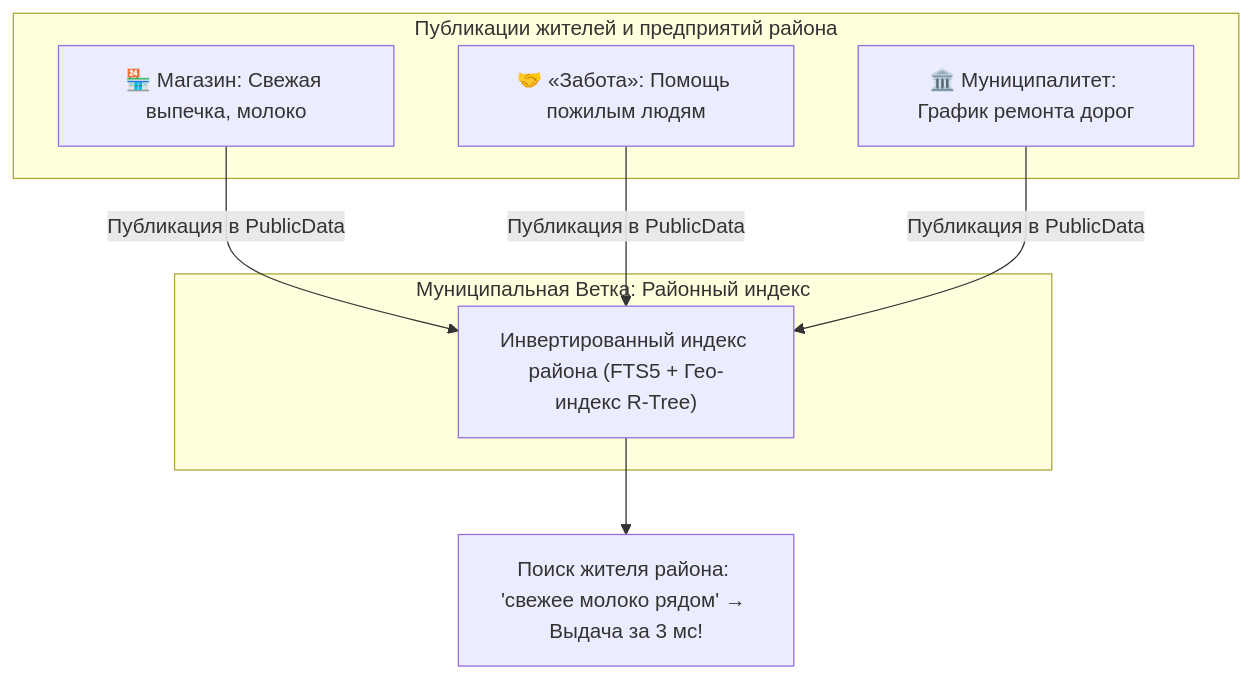
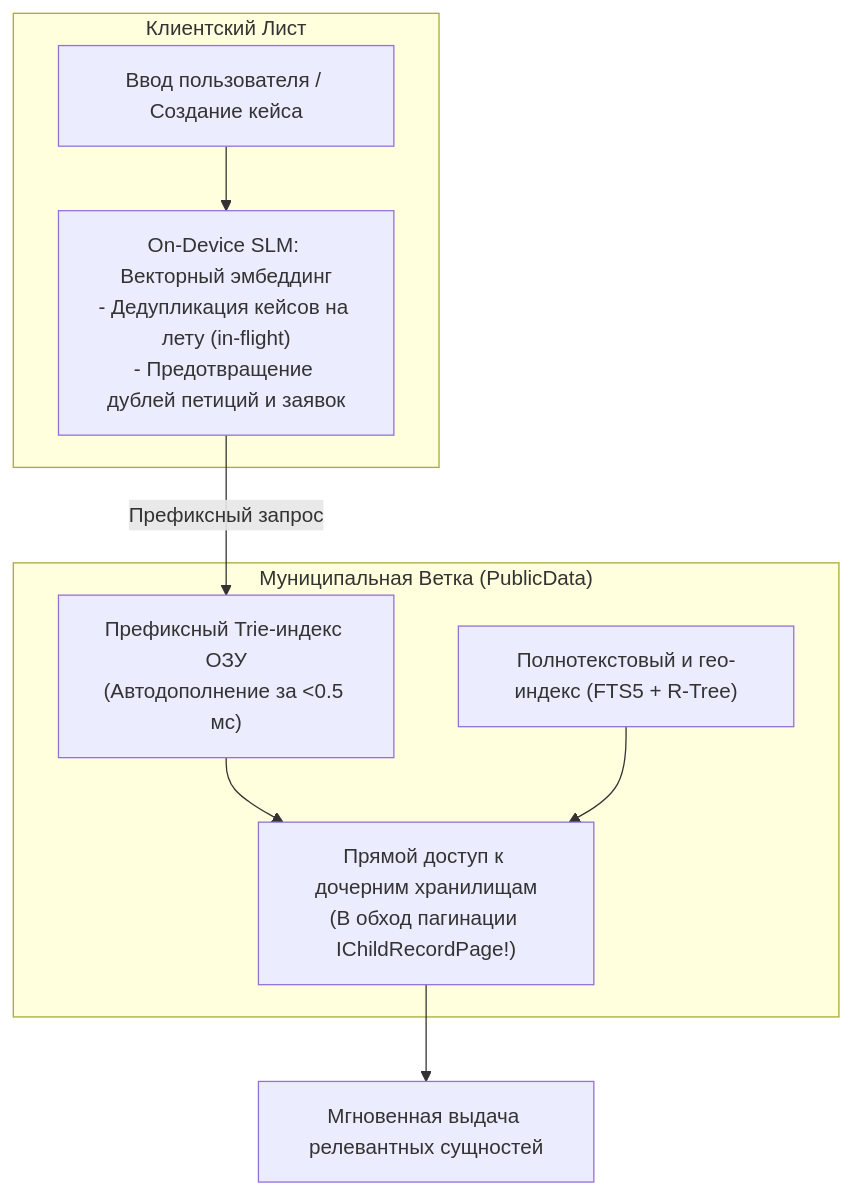
One commit to Data-Independence-Network/presentations changed the fourth of 11 diagrams in architecture_presentations/06_tree_search_and_analytics/docs/presentation_deck.md. Above: the diagram before and after it, drawn with Mermaid. The commit also changed other lines of this file and 23 other files, not shown here.

```diff
--- a/architecture_presentations/06_tree_search_and_analytics/docs/presentation_deck.md
+++ b/architecture_presentations/06_tree_search_and_analytics/docs/presentation_deck.md
@@ -278,18 +278,19 @@
         <div class="mermaid">
 graph TB
-    subgraph DistrictServices["Публикации жителей и предприятий района"]
-        Biz["🏪 Магазин: Свежая выпечка, молоко"]
-        Volunteer["🤝 «Забота»: Помощь пожилым людям"]
-        Gov["🏛️ Муниципалитет: График ремонта дорог"]
+    subgraph Leaf["Клиентский Лист"]
+        Input["Ввод пользователя / Создание кейса"]
+        SLM["On-Device SLM: Векторный эмбеддинг<br/>- Дедупликация кейсов на лету (in-flight)<br/>- Предотвращение дублей петиций и заявок"]
+        Input --> SLM
     end
 
-    subgraph BranchSearch["Муниципальная Ветка: Районный индекс"]
-        FTS["Инвертированный индекс района (FTS5 + Гео-индекс R-Tree)"]
+    subgraph Branch["Муниципальная Ветка (PublicData)"]
+        Trie["Префиксный Trie-индекс ОЗУ<br/>(Автодополнение за &lt;0.5 мс)"]
+        FTS["Полнотекстовый и гео-индекс (FTS5 + R-Tree)"]
+        Direct["Прямой доступ к дочерним хранилищам<br/>(В обход пагинации IChildRecordPage!)"]
     end
 
-    Biz -->|Публикация в PublicData| FTS
-    Volunteer -->|Публикация в PublicData| FTS
-    Gov -->|Публикация в PublicData| FTS
-
-    FTS --> Query["Поиск жителя района: 'свежее молоко рядом' &rarr; Выдача за 3 мс!"]
+    SLM -->|Префиксный запрос| Trie
+    Trie --> Direct
+    FTS --> Direct
+    Direct --> FastResult["Мгновенная выдача релевантных сущностей"]
         </div>
```
